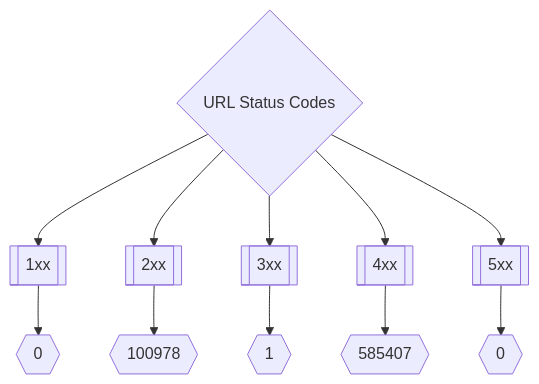
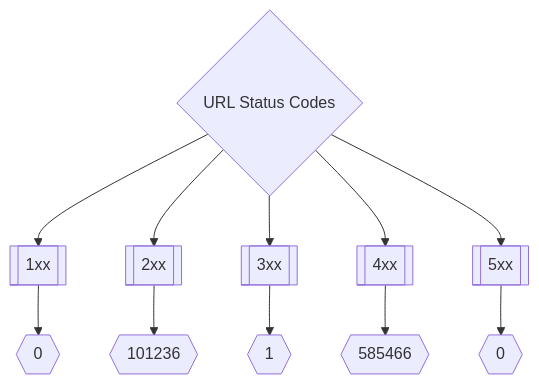
One commit to trickest/inventory changed the second of 3 diagrams in README.md. Above: the diagram before and after it, drawn with Mermaid. The commit also changed other lines of this file, not shown here.

Commit message:
Update README.md Fri Jul 29 21:31:25 UTC 2022

````diff
--- a/README.md
+++ b/README.md
@@ -175,8 +175,8 @@
 ```mermaid
 graph TD
 title{URL Status Codes} --> 1xx[[1xx]] --> status1xxNum{{0}}
-title --> 2xx[[2xx]] --> status2xxNum{{100978}}
+title --> 2xx[[2xx]] --> status2xxNum{{101236}}
 title --> 3xx[[3xx]] --> status3xxNum{{1}}
-title --> 4xx[[4xx]] --> status4xxNum{{585407}}
+title --> 4xx[[4xx]] --> status4xxNum{{585466}}
 title --> 5xx[[5xx]] --> status5xxNum{{0}}
 ```
````
